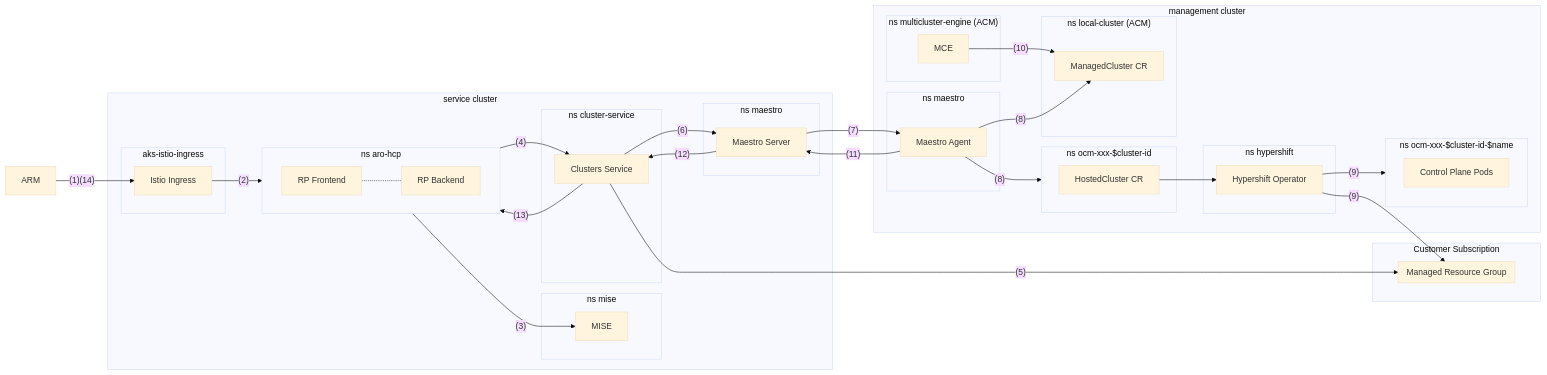
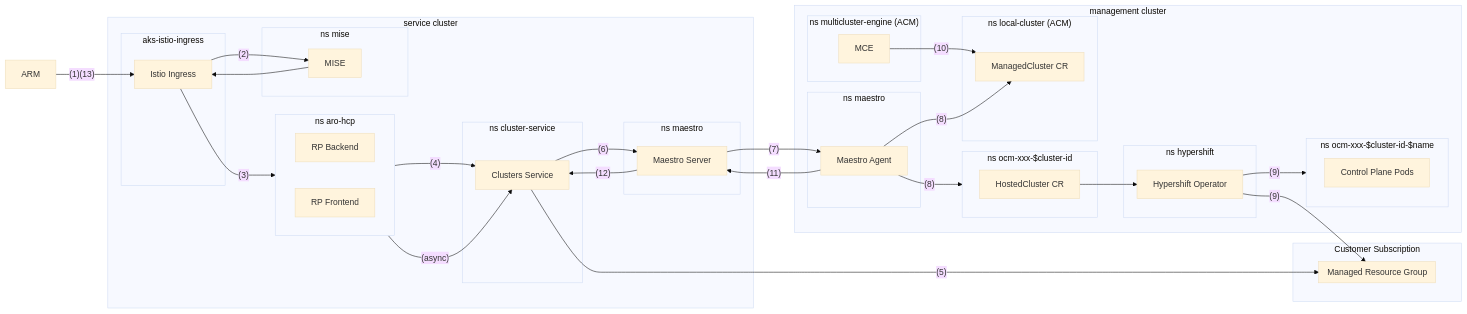
The diagram in docs/ops/hcp-cluster-creation-flow.md (Azure/ARO-HCP), drawn with Mermaid (base theme) before and after one commit. The commit also changed other lines of this file, not shown here.

First line of the commit message:
First Party Doc/Diagram Fixes

````diff
--- a/docs/ops/hcp-cluster-creation-flow.md
+++ b/docs/ops/hcp-cluster-creation-flow.md
@@ -25,67 +26,66 @@
 ```mermaid
 ---
 config:
   layout: dagre
 ---
 flowchart LR
 arm["ARM"]
 subgraph customer_subscription["Customer Subscription"]
   subgraph managed_resourcegroup["Managed Resource Group"]
   end
 end
 subgraph svc_cluster["service cluster"]
     subgraph istio_ns["aks-istio-ingress"]
         istio_ingress["Istio Ingress"]
     end
     subgraph mise_ns["ns mise"]
         mise["MISE"]
     end
     subgraph rp_ns["ns aro-hcp"]
         direction LR
         rp_backend["RP Backend"]
         rp_frontend["RP Frontend"]
     end
     subgraph cs_ns["ns cluster-service"]
         cs["Clusters Service"]
     end
     subgraph maestro_server_ns["ns maestro"]
         maestro_server["Maestro Server"]
     end
  end
  subgraph mgmt_cluster["management cluster"]
     subgraph maestro_agent_ns["ns maestro"]
         maestro_agent["Maestro Agent"]
     end
     subgraph acm_mce_ns["ns multicluster-engine (ACM)"]
         mce["MCE"]
     end
     subgraph hypershift_ns["ns hypershift"]
         hypershift["Hypershift Operator"]
     end
     subgraph hypershift_hcp_ns["ns ocm-xxx-$cluster-id"]
         hostedcluster_cr["HostedCluster CR"]
     end
     subgraph hypershift_cp_ns["ns ocm-xxx-$cluster-id-$name"]
         cp_pods["Control Plane Pods"]
     end
     subgraph local_cluster_ns["ns local-cluster (ACM)"]
         managed_cluster_cr["ManagedCluster CR"]
     end
  end
- arm -- (1)(14) --> istio_ingress -- (2) --> rp_frontend -- (4) --> cs
- rp_frontend -.- rp_backend
+ arm -- (1)(13) --> istio_ingress -- (2) --> mise
+ mise --> istio_ingress -- (3) --> rp_frontend -- (4) --> cs
  cs -- (5) --> managed_resourcegroup
  cs -- (6) --> maestro_server
- rp_frontend -- (3) --> mise
+ rp_backend -- (async) --> cs
  maestro_server -- (7) --> maestro_agent
 
  mce -- (10) --> managed_cluster_cr
  maestro_agent -- (8) --> hypershift_hcp_ns
  maestro_agent -- (8) --> managed_cluster_cr
  hostedcluster_cr --> hypershift
  hypershift -- (9) --> managed_resourcegroup
  hypershift -- (9) --> hypershift_cp_ns
  maestro_agent -- (11) --> maestro_server
- cs -- (13) --> rp_backend
  maestro_server -- (12) --> cs
 ```
````
